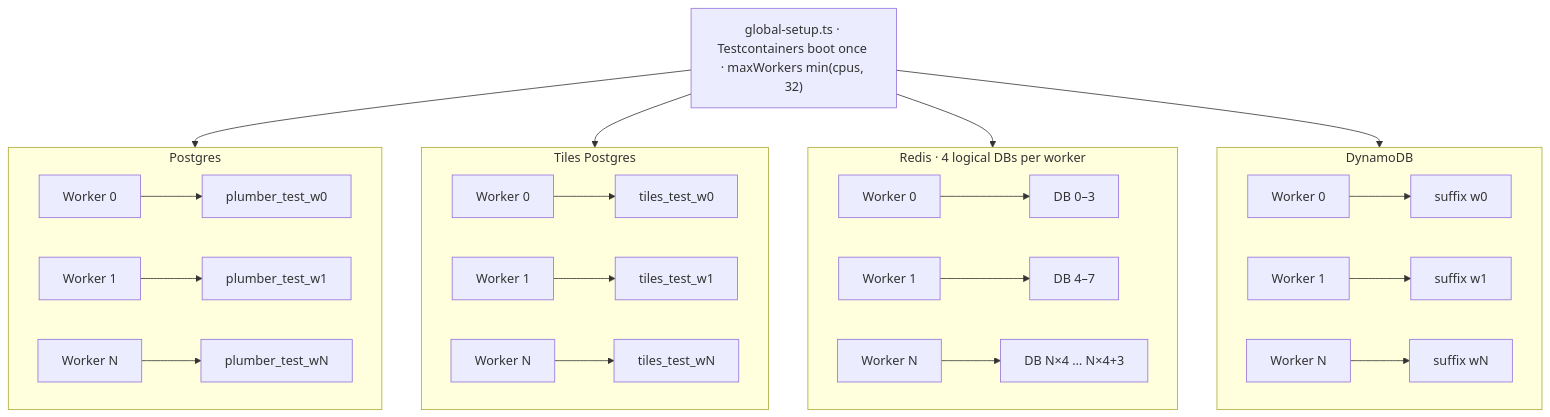
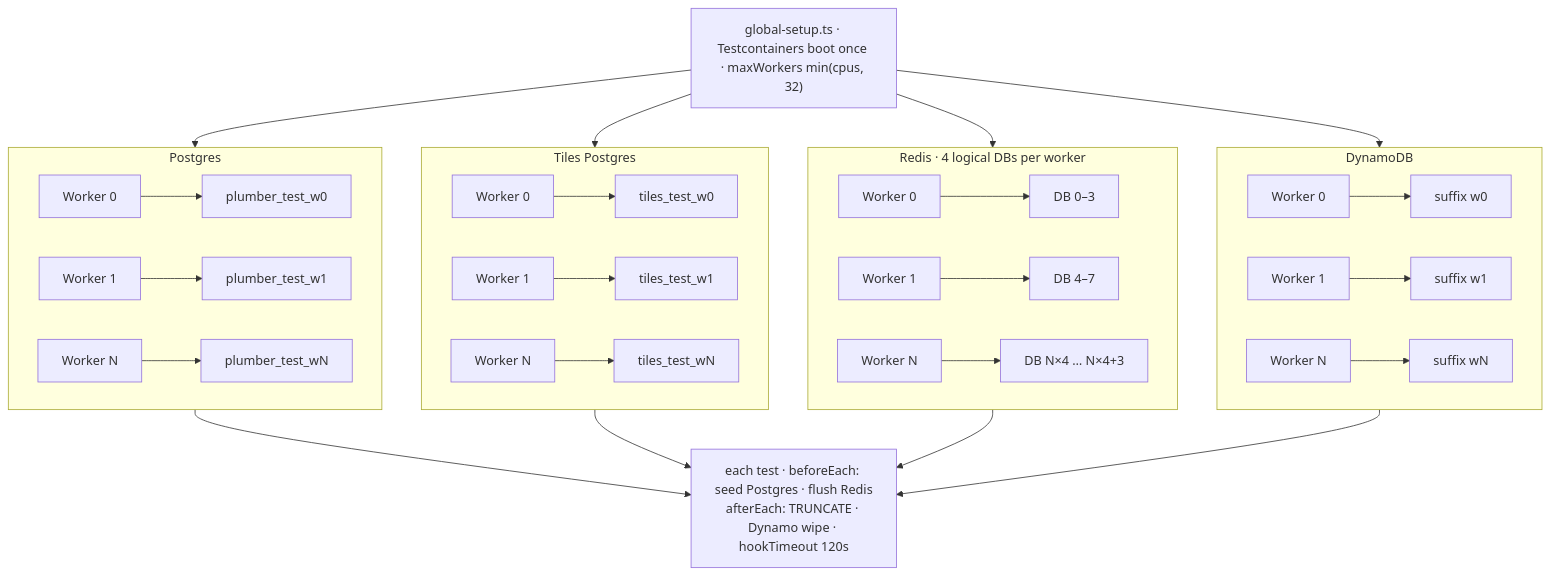
Before and after one commit to opengovsg/plumber: the fourth of 4 diagrams in docs/blog-speeding-up-vitest-tests.md, drawn with Mermaid. The commit also changed other lines of this file, not shown here.

Commit message:
docs: add per-test cleanup to worker isolation after diagram

````diff
--- a/docs/blog-speeding-up-vitest-tests.md
+++ b/docs/blog-speeding-up-vitest-tests.md
@@ -149,37 +149,43 @@
 ```mermaid
 flowchart TB
   GS["global-setup.ts · Testcontainers boot once · maxWorkers min(cpus, 32)"]
 
   subgraph pg ["Postgres"]
     direction LR
     W0p["Worker 0"] --> PG0["plumber_test_w0"]
     W1p["Worker 1"] --> PG1["plumber_test_w1"]
     WNp["Worker N"] --> PGN["plumber_test_wN"]
   end
 
   subgraph tiles ["Tiles Postgres"]
     direction LR
     W0t["Worker 0"] --> T0["tiles_test_w0"]
     W1t["Worker 1"] --> T1["tiles_test_w1"]
     WNt["Worker N"] --> TN["tiles_test_wN"]
   end
 
   subgraph redis ["Redis · 4 logical DBs per worker"]
     direction LR
     W0r["Worker 0"] --> R0["DB 0–3"]
     W1r["Worker 1"] --> R1["DB 4–7"]
     WNr["Worker N"] --> RN["DB N×4 … N×4+3"]
   end
 
   subgraph dynamo ["DynamoDB"]
     direction LR
     W0d["Worker 0"] --> D0["suffix w0"]
     W1d["Worker 1"] --> D1["suffix w1"]
     WNd["Worker N"] --> DN["suffix wN"]
   end
 
   GS --> pg
   GS --> tiles
   GS --> redis
   GS --> dynamo
+
+  HOOK["each test · beforeEach: seed Postgres · flush Redis\nafterEach: TRUNCATE · Dynamo wipe · hookTimeout 120s"]
+  pg --> HOOK
+  tiles --> HOOK
+  redis --> HOOK
+  dynamo --> HOOK
 ```
````
